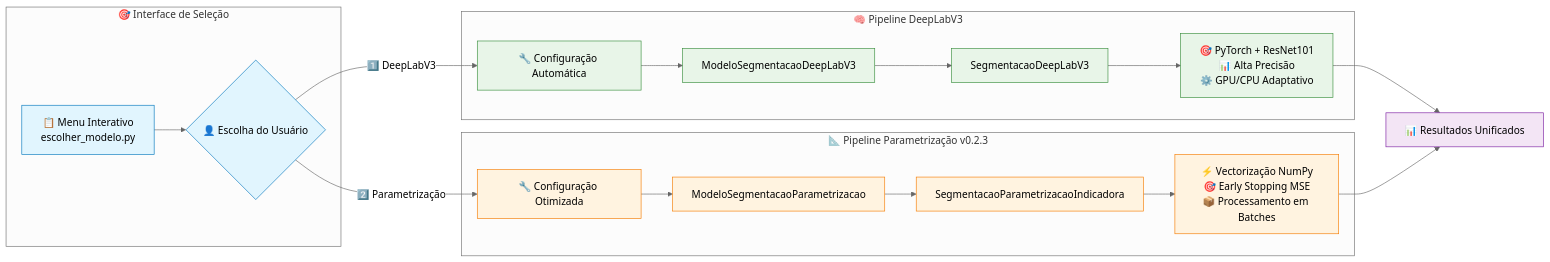
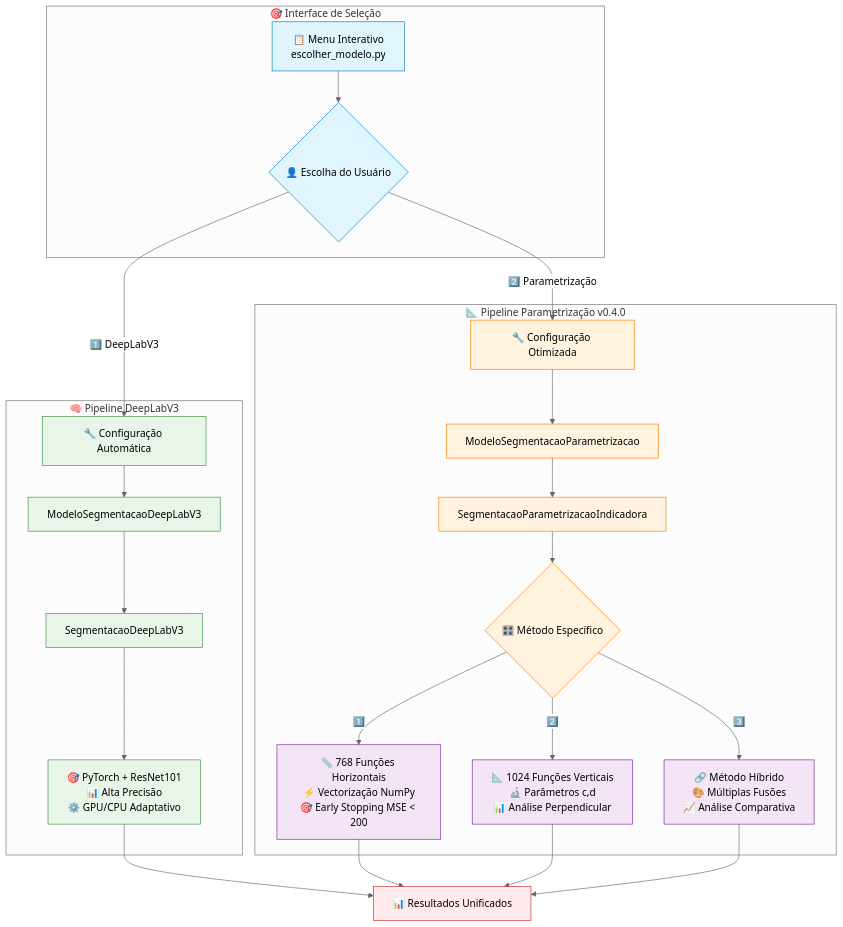
The third of 8 diagrams in README.md (danilorigitano/DesafioInovia-dev), drawn with Mermaid (neutral theme) before and after one commit. The commit also changed other lines of this file and 5 other files, not shown here.

````diff
--- a/README.md
+++ b/README.md
@@ -90,46 +129,54 @@
 ```mermaid
-graph LR
+graph TB
     subgraph "🎯 Interface de Seleção"
         Menu[📋 Menu Interativo<br/>escolher_modelo.py]
         User{👤 Escolha do Usuário}
         Menu --> User
     end
     
     subgraph "🧠 Pipeline DeepLabV3"
         DL_Config[🔧 Configuração Automática]
         DL_Model[ModeloSegmentacaoDeepLabV3]
         DL_Engine[SegmentacaoDeepLabV3]
         DL_Features[🎯 PyTorch + ResNet101<br/>📊 Alta Precisão<br/>⚙️ GPU/CPU Adaptativo]
         
         DL_Config --> DL_Model
         DL_Model --> DL_Engine
         DL_Engine --> DL_Features
     end
     
-    subgraph "📐 Pipeline Parametrização v0.2.3"
+    subgraph "📐 Pipeline Parametrização v0.4.0"
         Param_Config[🔧 Configuração Otimizada]
         Param_Model[ModeloSegmentacaoParametrizacao]
         Param_Engine[SegmentacaoParametrizacaoIndicadora]
-        Param_Features[⚡ Vectorização NumPy<br/>🎯 Early Stopping MSE<br/>📦 Processamento em Batches]
+        Param_Choice{🎛️ Método Específico}
         
         Param_Config --> Param_Model
         Param_Model --> Param_Engine
-        Param_Engine --> Param_Features
+        Param_Engine --> Param_Choice
+        
+        Param_Choice -->|1️⃣| Linhas_Features[📏 768 Funções Horizontais<br/>⚡ Vectorização NumPy<br/>🎯 Early Stopping MSE < 200]
+        Param_Choice -->|2️⃣| Colunas_Features[📐 1024 Funções Verticais<br/>🔬 Parâmetros c,d<br/>📊 Análise Perpendicular]
+        Param_Choice -->|3️⃣| Combined_Features[🔗 Método Híbrido<br/>🎨 Múltiplas Fusões<br/>📈 Análise Comparativa]
     end
     
     User -->|1️⃣ DeepLabV3| DL_Config
     User -->|2️⃣ Parametrização| Param_Config
     
     DL_Features --> Results[📊 Resultados Unificados]
-    Param_Features --> Results
+    Linhas_Features --> Results
+    Colunas_Features --> Results
+    Combined_Features --> Results
     
     classDef interface fill:#E1F5FE,stroke:#0277BD
     classDef deeplab fill:#E8F5E8,stroke:#388E3C
     classDef param fill:#FFF3E0,stroke:#F57C00
-    classDef output fill:#F3E5F5,stroke:#7B1FA2
+    classDef methods fill:#F3E5F5,stroke:#7B1FA2
+    classDef output fill:#FFEBEE,stroke:#C62828
     
     class Menu,User interface
     class DL_Config,DL_Model,DL_Engine,DL_Features deeplab
-    class Param_Config,Param_Model,Param_Engine,Param_Features param
+    class Param_Config,Param_Model,Param_Engine,Param_Choice param
+    class Linhas_Features,Colunas_Features,Combined_Features methods
     class Results output
 ```
````
